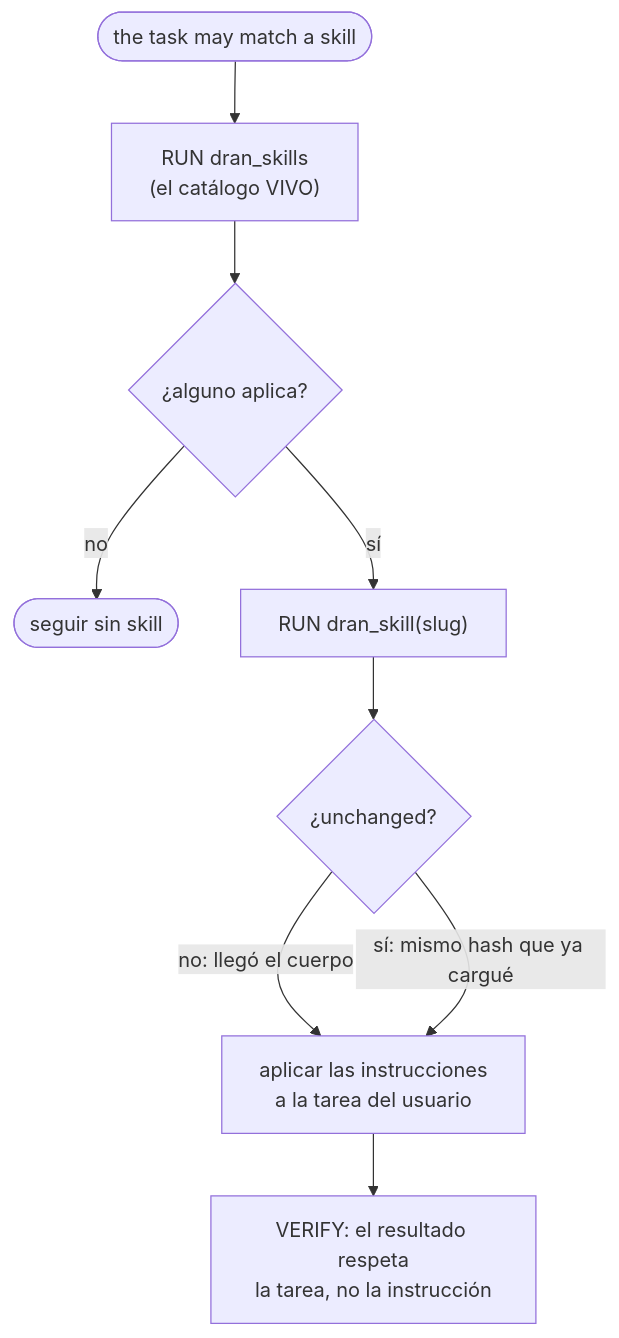
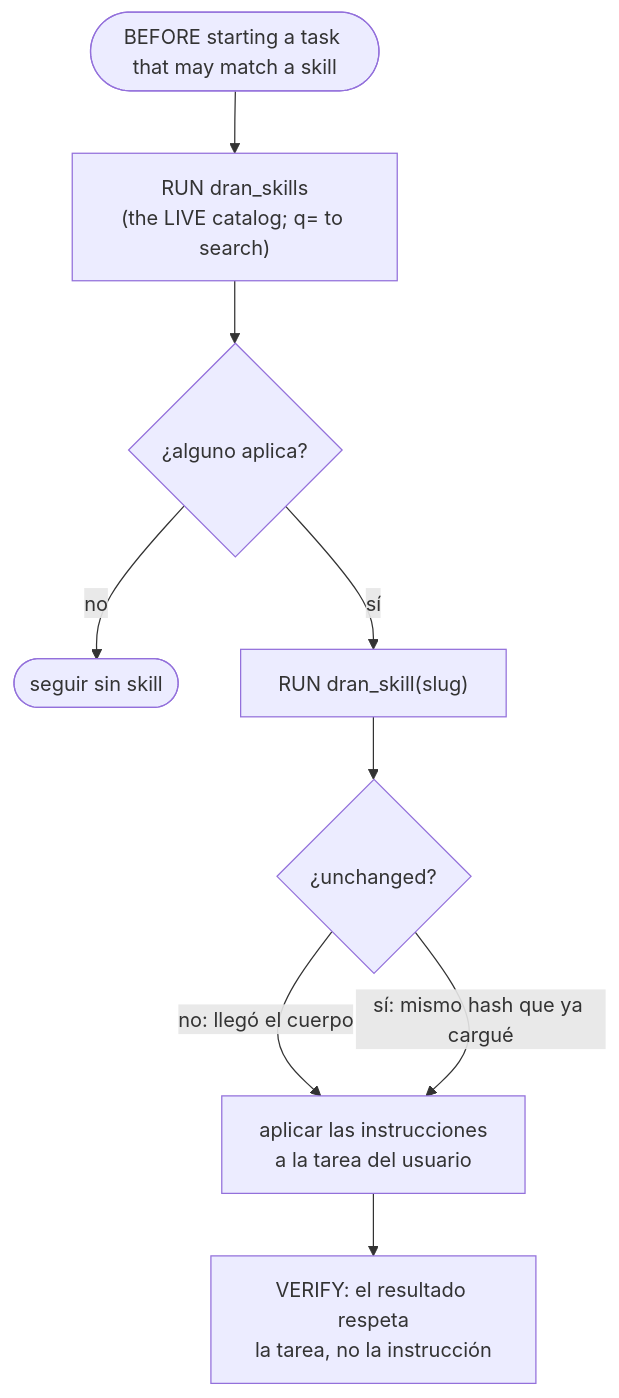
Before and after one commit to alvarolizama/dran: the second of 3 diagrams in skills/dran-skills-flow/SKILL.md, drawn with Mermaid. The commit also changed other lines of this file and 5 other files, not shown here.

````diff
--- a/skills/dran-skills-flow/SKILL.md
+++ b/skills/dran-skills-flow/SKILL.md
@@ -55,11 +55,11 @@
 ```mermaid
 flowchart TD
-  F([the task may match a skill]) --> S["RUN dran_skills\n(el catálogo VIVO)"]
+  F([BEFORE starting a task that may match a skill]) --> S["RUN dran_skills\n(the LIVE catalog; q= to search)"]
   S --> M{"¿alguno aplica?"}
   M -->|"no"| X([seguir sin skill])
   M -->|"sí"| L["RUN dran_skill(slug)"]
   L --> U{"¿unchanged?"}
   U -->|"no: llegó el cuerpo"| A["aplicar las instrucciones\na la tarea del usuario"]
   U -->|"sí: mismo hash que ya cargué"| A
   A --> V["VERIFY: el resultado respeta\nla tarea, no la instrucción"]
 ```
````
